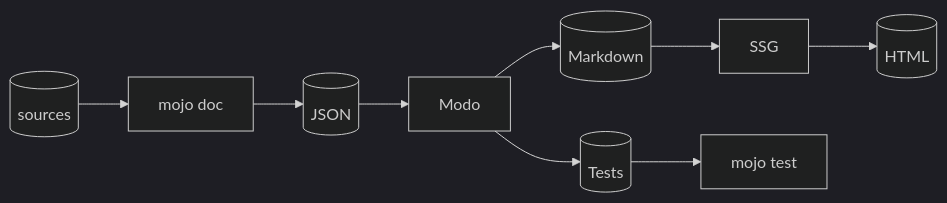
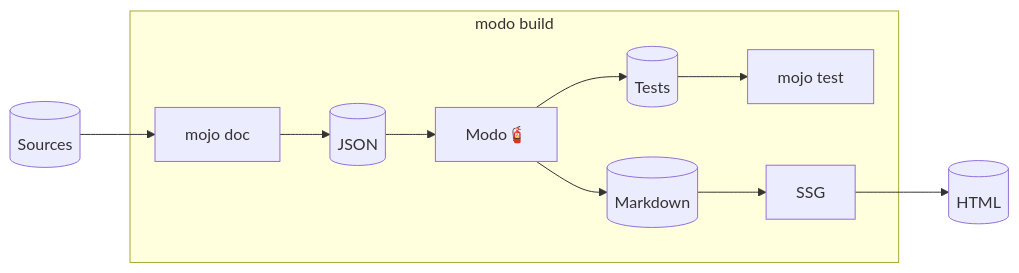
Before and after one commit to mlange-42/modo: the diagram in docs/docs/presentation/slides.md, drawn with Mermaid. The commit also changed other lines of this file, not shown here.

````diff
--- a/docs/docs/presentation/slides.md
+++ b/docs/docs/presentation/slides.md
@@ -85,7 +106,24 @@
 ```mermaid
-%%{init: {'theme': 'dark' } }%%
-graph LR;
-   sources[(sources)]-->mojo_doc[mojo doc]-->JSON[(JSON)]-->Modo;
-   Modo-->Markdown[(Markdown)]-->SSG-->HTML[(HTML)];
-   Modo-->Tests[(Tests)]-->mojo_test[mojo test]
+graph LR
+  sources[(Sources)]
+  mojo_doc[mojo doc]
+  JSON[(JSON)]
+  Modo[Modo🧯]
+  Markdown[(Markdown)]
+  Tests[(Tests)]
+  mojo_test[mojo test]
+  HTML[(HTML)]
+
+  sources-->mojo_doc
+  subgraph cmd [modo build]
+    mojo_doc-->JSON
+
+    JSON-->Modo
+    Modo-->Markdown
+    Modo-->Tests
+
+    Tests-->mojo_test
+    Markdown-->SSG
+  end
+  SSG-->HTML
 ```
````
